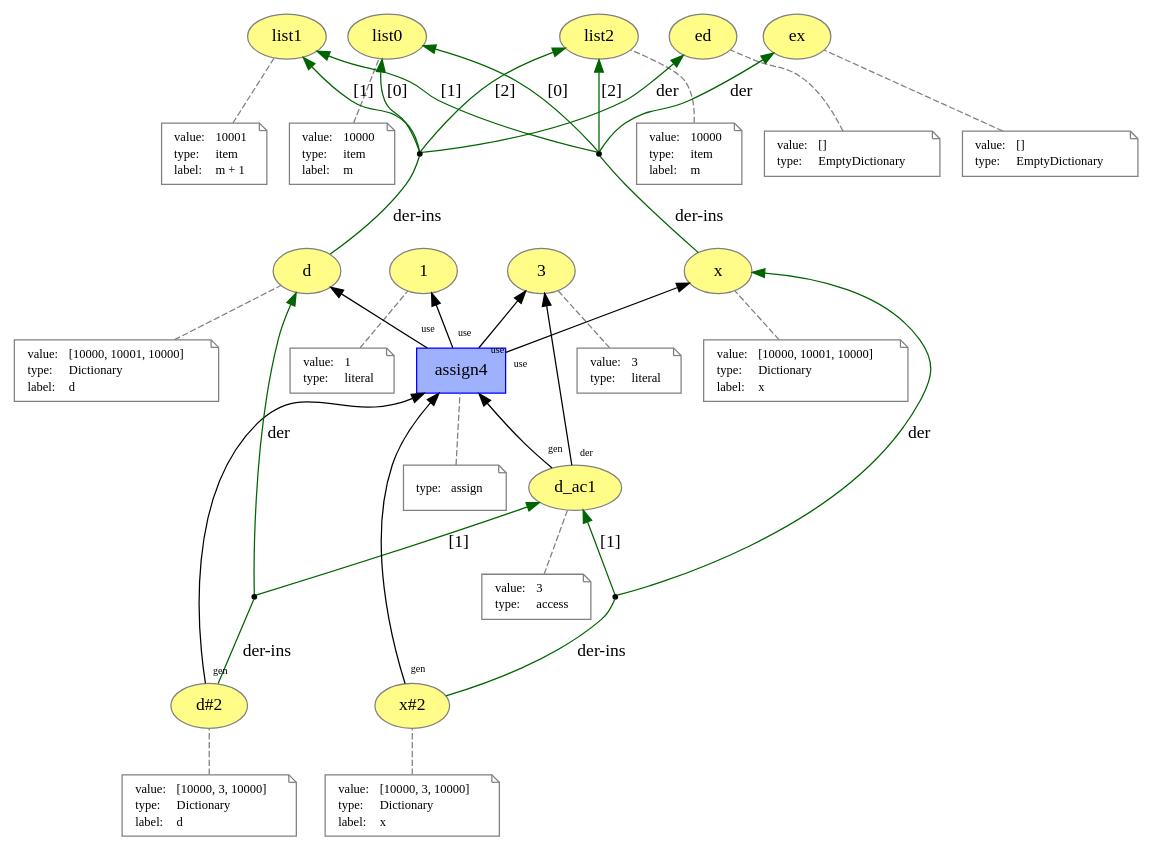
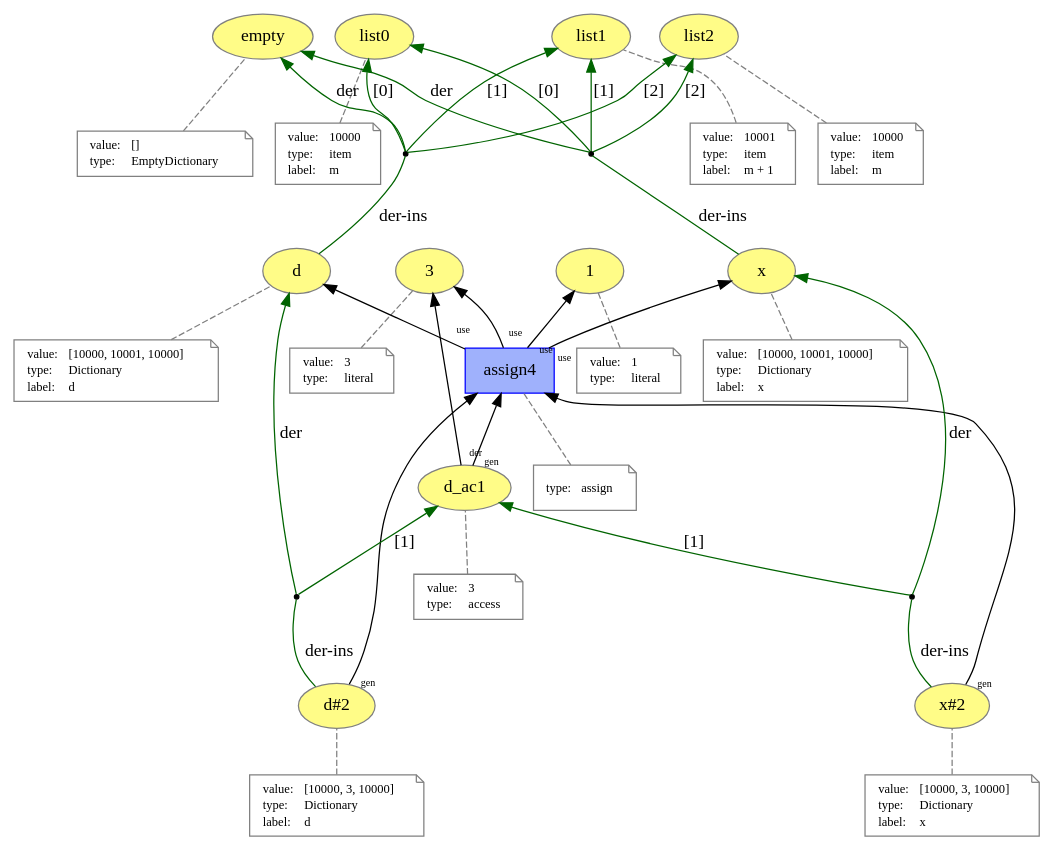
Before and after one commit to dew-uff/versioned-prov: the diagram in images/prov_dictionary/part_assign.dot, drawn with Graphviz. The commit also changed 31 other files, not shown here.

```diff
--- a/images/prov_dictionary/part_assign.dot
+++ b/images/prov_dictionary/part_assign.dot
@@ -1,6 +1,18 @@
 digraph "PROV" { size="16,12"; rankdir="BT";
+"http://example.org/empty" [fillcolor="#FFFC87",color="#808080",style="filled",label="empty",URL="http://example.org/empty"]
+"-attrs0" [color="gray",shape="note",fontsize="10",fontcolor="black",label=<<TABLE cellpadding="0" border="0">
+	<TR>
+	    <TD align="left">value:</TD>
+	    <TD align="left">[]</TD>
+	</TR>
+	<TR>
+	    <TD align="left">type:</TD>
+	    <TD align="left">EmptyDictionary</TD>
+	</TR>
+</TABLE>>]
+"-attrs0" -> "http://example.org/empty" [color="gray",style="dashed",arrowhead="none"]
 "http://example.org/list0" [fillcolor="#FFFC87",color="#808080",style="filled",label="list0",URL="http://example.org/list0"]
-"-attrs0" [color="gray",shape="note",fontsize="10",fontcolor="black",label=<<TABLE cellpadding="0" border="0">
+"-attrs1" [color="gray",shape="note",fontsize="10",fontcolor="black",label=<<TABLE cellpadding="0" border="0">
 	<TR>
 	    <TD align="left">value:</TD>
 	    <TD align="left">10000</TD>
@@ -14,9 +26,9 @@
 	    <TD align="left">m</TD>
 	</TR>
 </TABLE>>]
-"-attrs0" -> "http://example.org/list0" [color="gray",style="dashed",arrowhead="none"]
+"-attrs1" -> "http://example.org/list0" [color="gray",style="dashed",arrowhead="none"]
 "http://example.org/list1" [fillcolor="#FFFC87",color="#808080",style="filled",label="list1",URL="http://example.org/list1"]
-"-attrs1" [color="gray",shape="note",fontsize="10",fontcolor="black",label=<<TABLE cellpadding="0" border="0">
+"-attrs2" [color="gray",shape="note",fontsize="10",fontcolor="black",label=<<TABLE cellpadding="0" border="0">
 	<TR>
 	    <TD align="left">value:</TD>
 	    <TD align="left">10001</TD>
@@ -30,9 +42,9 @@
 	    <TD align="left">m + 1</TD>
 	</TR>
 </TABLE>>]
-"-attrs1" -> "http://example.org/list1" [color="gray",style="dashed",arrowhead="none"]
+"-attrs2" -> "http://example.org/list1" [color="gray",style="dashed",arrowhead="none"]
 "http://example.org/list2" [fillcolor="#FFFC87",color="#808080",style="filled",label="list2",URL="http://example.org/list2"]
-"-attrs2" [color="gray",shape="note",fontsize="10",fontcolor="black",label=<<TABLE cellpadding="0" border="0">
+"-attrs3" [color="gray",shape="note",fontsize="10",fontcolor="black",label=<<TABLE cellpadding="0" border="0">
 	<TR>
 	    <TD align="left">value:</TD>
 	    <TD align="left">10000</TD>
@@ -46,19 +58,7 @@
 	    <TD align="left">m</TD>
 	</TR>
 </TABLE>>]
-"-attrs2" -> "http://example.org/list2" [color="gray",style="dashed",arrowhead="none"]
-"http://example.org/ed" [fillcolor="#FFFC87",color="#808080",style="filled",label="ed",URL="http://example.org/ed"]
-"-attrs3" [color="gray",shape="note",fontsize="10",fontcolor="black",label=<<TABLE cellpadding="0" border="0">
-	<TR>
-	    <TD align="left">value:</TD>
-	    <TD align="left">[]</TD>
-	</TR>
-	<TR>
-	    <TD align="left">type:</TD>
-	    <TD align="left">EmptyDictionary</TD>
-	</TR>
-</TABLE>>]
-"-attrs3" -> "http://example.org/ed" [color="gray",style="dashed",arrowhead="none"]
+"-attrs3" -> "http://example.org/list2" [color="gray",style="dashed",arrowhead="none"]
 "http://example.org/d" [fillcolor="#FFFC87",color="#808080",style="filled",label="d",URL="http://example.org/d"]
 "-attrs4" [color="gray",shape="note",fontsize="10",fontcolor="black",label=<<TABLE cellpadding="0" border="0">
 	<TR>
@@ -77,24 +77,12 @@
 "-attrs4" -> "http://example.org/d" [color="gray",style="dashed",arrowhead="none"]
 "bn0" [shape="point",label=""]
 "http://example.org/d" -> "bn0" [labelfontsize="8",labeldistance="1.5",color="darkgreen",labelangle="60.0",rotation="20",label="der-ins",arrowhead="none"]
-"bn0" -> "http://example.org/ed" [labelfontsize="8",labeldistance="1.5",color="darkgreen",labelangle="60.0",rotation="20",label="der"]
+"bn0" -> "http://example.org/empty" [labelfontsize="8",labeldistance="1.5",color="darkgreen",labelangle="60.0",rotation="20",label="der"]
 "bn0" -> "http://example.org/list0" [labelfontsize="8",labeldistance="1.5",color="darkgreen",labelangle="60.0",rotation="20",label="[0]"]
 "bn0" -> "http://example.org/list1" [labelfontsize="8",labeldistance="1.5",color="darkgreen",labelangle="60.0",rotation="20",label="[1]"]
 "bn0" -> "http://example.org/list2" [labelfontsize="8",labeldistance="1.5",color="darkgreen",labelangle="60.0",rotation="20",label="[2]"]
-"http://example.org/ex" [fillcolor="#FFFC87",color="#808080",style="filled",label="ex",URL="http://example.org/ex"]
+"http://example.org/x" [fillcolor="#FFFC87",color="#808080",style="filled",label="x",URL="http://example.org/x"]
 "-attrs5" [color="gray",shape="note",fontsize="10",fontcolor="black",label=<<TABLE cellpadding="0" border="0">
-	<TR>
-	    <TD align="left">value:</TD>
-	    <TD align="left">[]</TD>
-	</TR>
-	<TR>
-	    <TD align="left">type:</TD>
-	    <TD align="left">EmptyDictionary</TD>
-	</TR>
-</TABLE>>]
-"-attrs5" -> "http://example.org/ex" [color="gray",style="dashed",arrowhead="none"]
-"http://example.org/x" [fillcolor="#FFFC87",color="#808080",style="filled",label="x",URL="http://example.org/x"]
-"-attrs6" [color="gray",shape="note",fontsize="10",fontcolor="black",label=<<TABLE cellpadding="0" border="0">
 	<TR>
 	    <TD align="left">value:</TD>
 	    <TD align="left">[10000, 10001, 10000]</TD>
@@ -108,15 +96,15 @@
 	    <TD align="left">x</TD>
 	</TR>
 </TABLE>>]
-"-attrs6" -> "http://example.org/x" [color="gray",style="dashed",arrowhead="none"]
+"-attrs5" -> "http://example.org/x" [color="gray",style="dashed",arrowhead="none"]
 "bn1" [shape="point",label=""]
 "http://example.org/x" -> "bn1" [labelfontsize="8",labeldistance="1.5",color="darkgreen",labelangle="60.0",rotation="20",label="der-ins",arrowhead="none"]
-"bn1" -> "http://example.org/ex" [labelfontsize="8",labeldistance="1.5",color="darkgreen",labelangle="60.0",rotation="20",label="der"]
+"bn1" -> "http://example.org/empty" [labelfontsize="8",labeldistance="1.5",color="darkgreen",labelangle="60.0",rotation="20",label="der"]
 "bn1" -> "http://example.org/list0" [labelfontsize="8",labeldistance="1.5",color="darkgreen",labelangle="60.0",rotation="20",label="[0]"]
 "bn1" -> "http://example.org/list1" [labelfontsize="8",labeldistance="1.5",color="darkgreen",labelangle="60.0",rotation="20",label="[1]"]
 "bn1" -> "http://example.org/list2" [labelfontsize="8",labeldistance="1.5",color="darkgreen",labelangle="60.0",rotation="20",label="[2]"]
 "http://example.org/1" [fillcolor="#FFFC87",color="#808080",style="filled",label="1",URL="http://example.org/1"]
-"-attrs7" [color="gray",shape="note",fontsize="10",fontcolor="black",label=<<TABLE cellpadding="0" border="0">
+"-attrs6" [color="gray",shape="note",fontsize="10",fontcolor="black",label=<<TABLE cellpadding="0" border="0">
 	<TR>
 	    <TD align="left">value:</TD>
 	    <TD align="left">1</TD>
@@ -126,9 +114,9 @@
 	    <TD align="left">literal</TD>
 	</TR>
 </TABLE>>]
-"-attrs7" -> "http://example.org/1" [color="gray",style="dashed",arrowhead="none"]
+"-attrs6" -> "http://example.org/1" [color="gray",style="dashed",arrowhead="none"]
 "http://example.org/3" [fillcolor="#FFFC87",color="#808080",style="filled",label="3",URL="http://example.org/3"]
-"-attrs8" [color="gray",shape="note",fontsize="10",fontcolor="black",label=<<TABLE cellpadding="0" border="0">
+"-attrs7" [color="gray",shape="note",fontsize="10",fontcolor="black",label=<<TABLE cellpadding="0" border="0">
 	<TR>
 	    <TD align="left">value:</TD>
 	    <TD align="left">3</TD>
@@ -138,9 +126,9 @@
 	    <TD align="left">literal</TD>
 	</TR>
 </TABLE>>]
-"-attrs8" -> "http://example.org/3" [color="gray",style="dashed",arrowhead="none"]
+"-attrs7" -> "http://example.org/3" [color="gray",style="dashed",arrowhead="none"]
 "http://example.org/d_ac1" [fillcolor="#FFFC87",color="#808080",style="filled",label="d_ac1",URL="http://example.org/d_ac1"]
-"-attrs9" [color="gray",shape="note",fontsize="10",fontcolor="black",label=<<TABLE cellpadding="0" border="0">
+"-attrs8" [color="gray",shape="note",fontsize="10",fontcolor="black",label=<<TABLE cellpadding="0" border="0">
 	<TR>
 	    <TD align="left">value:</TD>
 	    <TD align="left">3</TD>
@@ -150,9 +138,9 @@
 	    <TD align="left">access</TD>
 	</TR>
 </TABLE>>]
-"-attrs9" -> "http://example.org/d_ac1" [color="gray",style="dashed",arrowhead="none"]
+"-attrs8" -> "http://example.org/d_ac1" [color="gray",style="dashed",arrowhead="none"]
 "http://example.org/d#2" [fillcolor="#FFFC87",color="#808080",style="filled",label="d#2",URL="http://example.org/d#2"]
-"-attrs10" [color="gray",shape="note",fontsize="10",fontcolor="black",label=<<TABLE cellpadding="0" border="0">
+"-attrs9" [color="gray",shape="note",fontsize="10",fontcolor="black",label=<<TABLE cellpadding="0" border="0">
 	<TR>
 	    <TD align="left">value:</TD>
 	    <TD align="left">[10000, 3, 10000]</TD>
@@ -166,13 +154,13 @@
 	    <TD align="left">d</TD>
 	</TR>
 </TABLE>>]
-"-attrs10" -> "http://example.org/d#2" [color="gray",style="dashed",arrowhead="none"]
+"-attrs9" -> "http://example.org/d#2" [color="gray",style="dashed",arrowhead="none"]
 "bn2" [shape="point",label=""]
 "http://example.org/d#2" -> "bn2" [labelfontsize="8",labeldistance="1.5",color="darkgreen",labelangle="60.0",rotation="20",label="der-ins",arrowhead="none"]
 "bn2" -> "http://example.org/d" [labelfontsize="8",labeldistance="1.5",color="darkgreen",labelangle="60.0",rotation="20",label="der"]
 "bn2" -> "http://example.org/d_ac1" [labelfontsize="8",labeldistance="1.5",color="darkgreen",labelangle="60.0",rotation="20",label="[1]"]
 "http://example.org/x#2" [fillcolor="#FFFC87",color="#808080",style="filled",label="x#2",URL="http://example.org/x#2"]
-"-attrs11" [color="gray",shape="note",fontsize="10",fontcolor="black",label=<<TABLE cellpadding="0" border="0">
+"-attrs10" [color="gray",shape="note",fontsize="10",fontcolor="black",label=<<TABLE cellpadding="0" border="0">
 	<TR>
 	    <TD align="left">value:</TD>
 	    <TD align="left">[10000, 3, 10000]</TD>
@@ -186,19 +174,19 @@
 	    <TD align="left">x</TD>
 	</TR>
 </TABLE>>]
-"-attrs11" -> "http://example.org/x#2" [color="gray",style="dashed",arrowhead="none"]
+"-attrs10" -> "http://example.org/x#2" [color="gray",style="dashed",arrowhead="none"]
 "bn3" [shape="point",label=""]
 "http://example.org/x#2" -> "bn3" [labelfontsize="8",labeldistance="1.5",color="darkgreen",labelangle="60.0",rotation="20",label="der-ins",arrowhead="none"]
 "bn3" -> "http://example.org/x" [labelfontsize="8",labeldistance="1.5",color="darkgreen",labelangle="60.0",rotation="20",label="der"]
 "bn3" -> "http://example.org/d_ac1" [labelfontsize="8",labeldistance="1.5",color="darkgreen",labelangle="60.0",rotation="20",label="[1]"]
 "http://example.org/assign4" [fillcolor="#9FB1FC",color="#0000FF",shape="polygon",sides="4",style="filled",label="assign4",URL="http://example.org/assign4"]
-"-attrs12" [color="gray",shape="note",fontsize="10",fontcolor="black",label=<<TABLE cellpadding="0" border="0">
+"-attrs11" [color="gray",shape="note",fontsize="10",fontcolor="black",label=<<TABLE cellpadding="0" border="0">
 	<TR>
 	    <TD align="left">type:</TD>
 	    <TD align="left">assign</TD>
 	</TR>
 </TABLE>>]
-"-attrs12" -> "http://example.org/assign4" [color="gray",style="dashed",arrowhead="none"]
+"-attrs11" -> "http://example.org/assign4" [color="gray",style="dashed",arrowhead="none"]
 "http://example.org/assign4" -> "http://example.org/d" [labelfontsize="8",labeldistance="1.5",labelangle="60.0",rotation="20",taillabel="use"]
 "http://example.org/assign4" -> "http://example.org/x" [labelfontsize="8",labeldistance="1.5",labelangle="60.0",rotation="20",taillabel="use"]
 "http://example.org/assign4" -> "http://example.org/1" [labelfontsize="8",labeldistance="1.5",labelangle="60.0",rotation="20",taillabel="use"]
```
